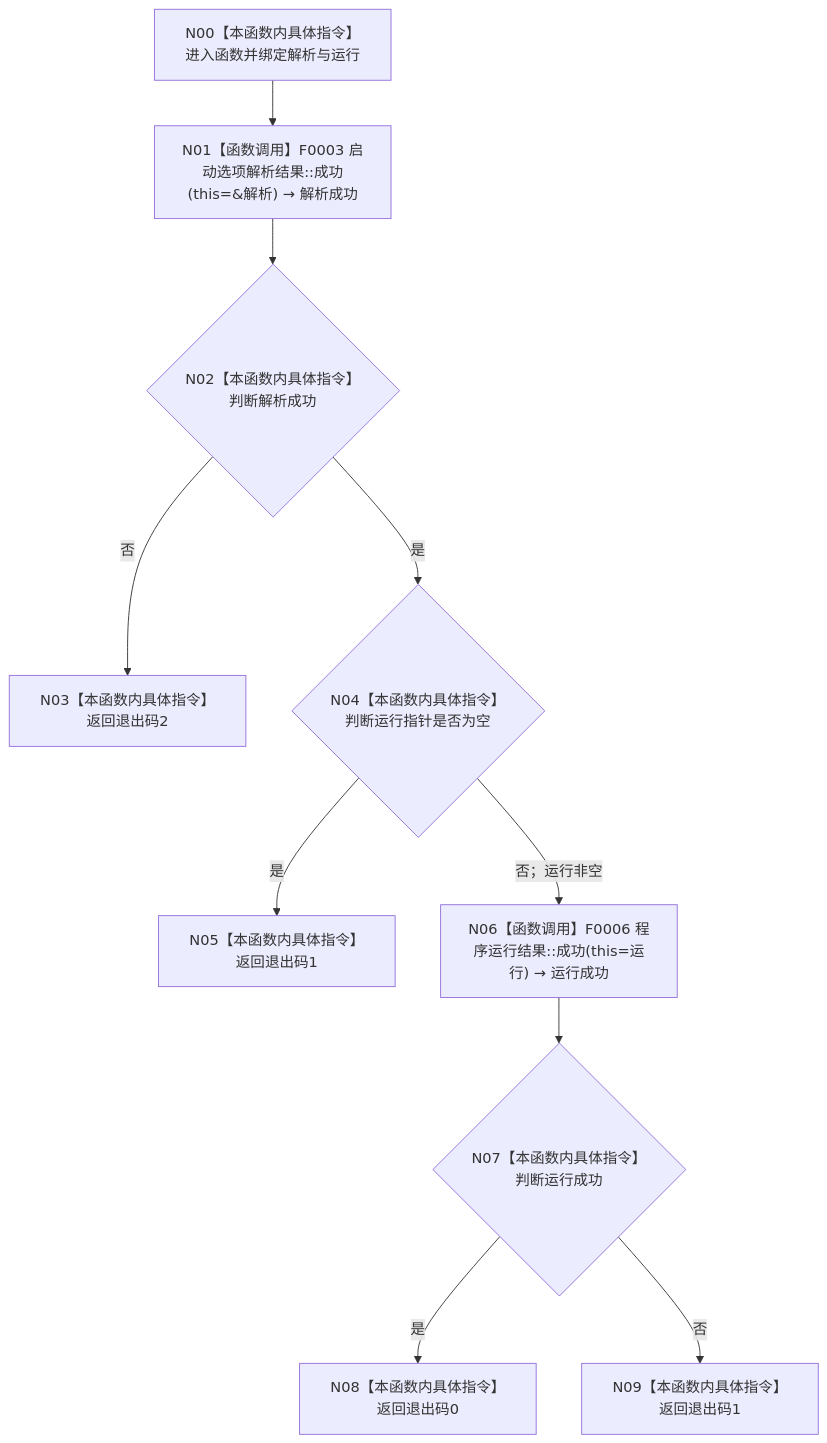
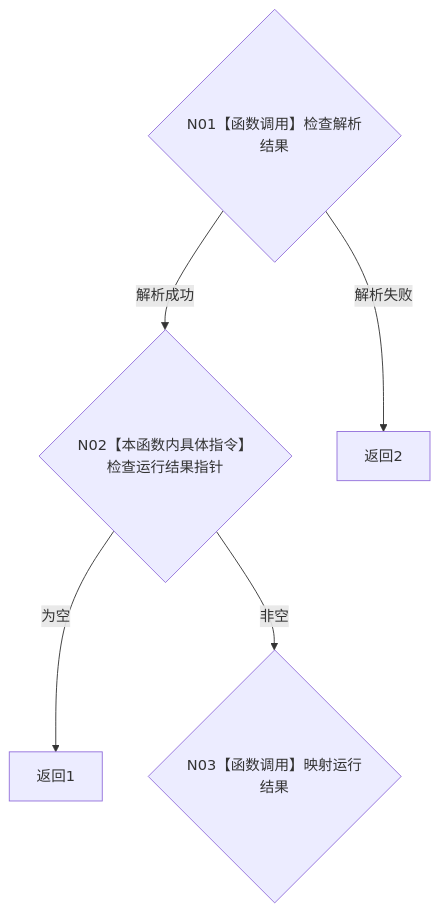
One commit to chunhaizh-cyber/HY-Ego changed the diagram in 流程图/代码流程图/L1/CF-L1-0003_映射进程退出码_现状流程图.md. Above: the diagram before and after it, drawn with Mermaid. The commit also changed other lines of this file and 144 other files, not shown here.

First line of the commit message:
知识: 清理过期规范与旧设计、刷新流程图与计划、新增I64等价消费设计与L2需求合同

````diff
--- a/流程图/代码流程图/L1/CF-L1-0003_映射进程退出码_现状流程图.md
+++ b/流程图/代码流程图/L1/CF-L1-0003_映射进程退出码_现状流程图.md
@@ -20,22 +20,10 @@
 ```mermaid
 flowchart TD
-    N00["N00【本函数内具体指令】进入函数并绑定解析与运行"]
-    N01["N01【函数调用】F0003 启动选项解析结果::成功(this=&解析) → 解析成功"]
-    N02{"N02【本函数内具体指令】判断解析成功"}
-    N03["N03【本函数内具体指令】返回退出码2"]
-    N04{"N04【本函数内具体指令】判断运行指针是否为空"}
-    N05["N05【本函数内具体指令】返回退出码1"]
-    N06["N06【函数调用】F0006 程序运行结果::成功(this=运行) → 运行成功"]
-    N07{"N07【本函数内具体指令】判断运行成功"}
-    N08["N08【本函数内具体指令】返回退出码0"]
-    N09["N09【本函数内具体指令】返回退出码1"]
-    N00 --> N01
-    N01 --> N02
-    N02 -- "否" --> N03
-    N02 -- "是" --> N04
-    N04 -- "是" --> N05
-    N04 -- "否；运行非空" --> N06
-    N06 --> N07
-    N07 -- "是" --> N08
-    N07 -- "否" --> N09
+    N01{"N01【函数调用】检查解析结果"}
+    N02{"N02【本函数内具体指令】检查运行结果指针"}
+    N03{"N03【函数调用】映射运行结果"}
+    N01 -- "解析失败" --> N04["返回2"]
+    N01 -- "解析成功" --> N02
+    N02 -- "为空" --> N05["返回1"]
+    N02 -- "非空" --> N03
 ```
````
